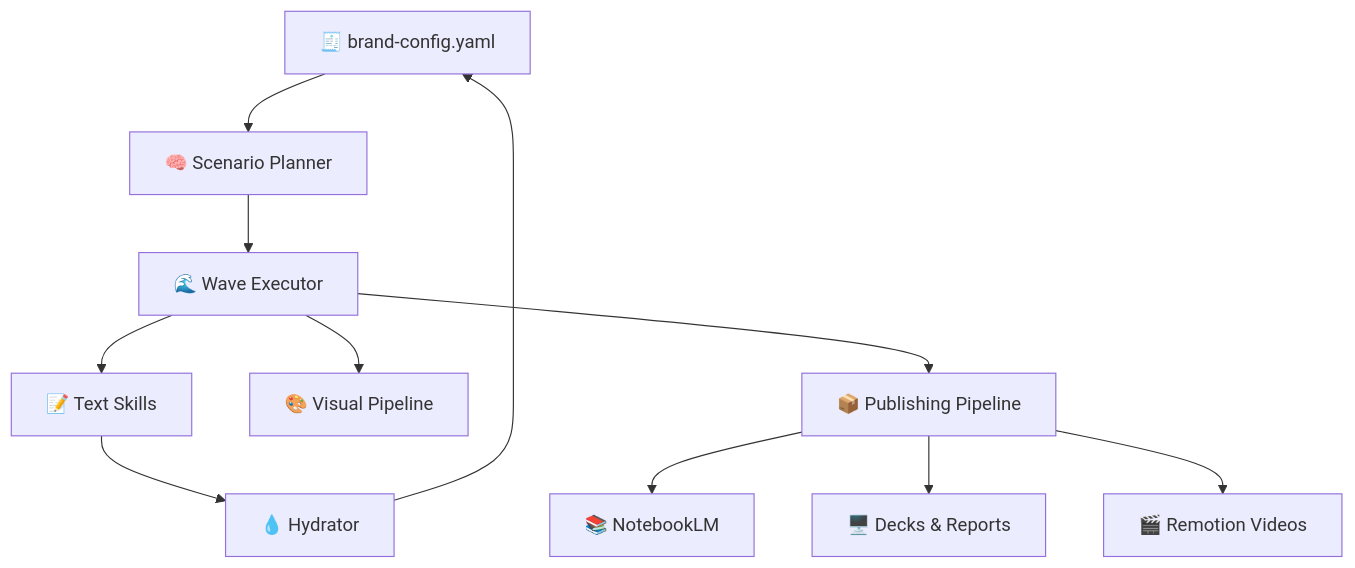
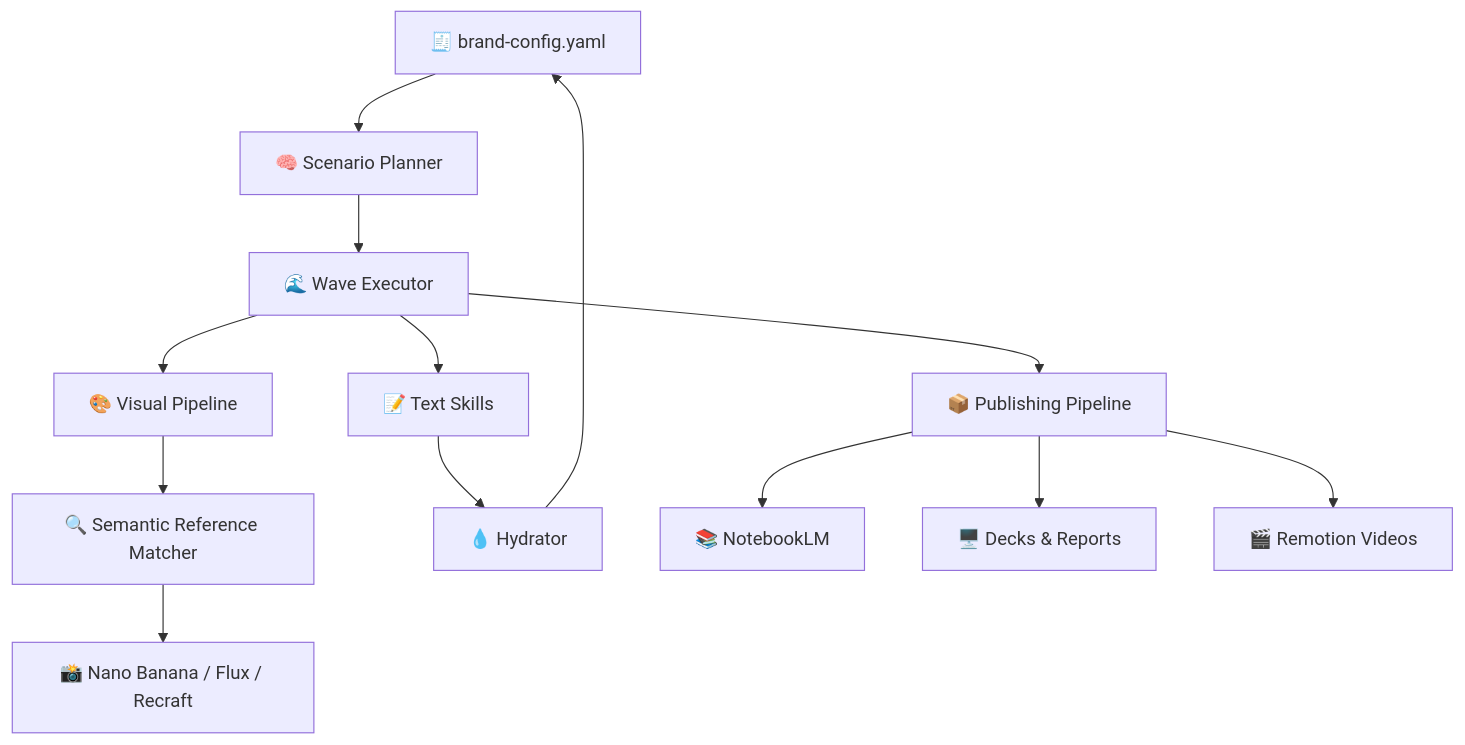
Before and after one commit to Sheshiyer/brandmint-oracle-aleph: the diagram in README.md, drawn with Mermaid. The commit also changed other lines of this file and 9 other files, not shown here.

First line of the commit message:
feat(visual): semantic reference matching, 5D removal, NB migration, vision scaffold

````diff
--- a/README.md
+++ b/README.md
@@ -121,13 +141,15 @@
 ```mermaid
 graph TD
     A[🧾 brand-config.yaml] --> B[🧠 Scenario Planner]
     B --> C[🌊 Wave Executor]
     C --> D[📝 Text Skills]
     C --> E[🎨 Visual Pipeline]
+    E --> K[🔍 Semantic Reference Matcher]
+    K --> L[📸 Nano Banana / Flux / Recraft]
     D --> F[💧 Hydrator]
     F --> A
     C --> G[📦 Publishing Pipeline]
     G --> H[📚 NotebookLM]
     G --> I[🖥️ Decks & Reports]
     G --> J[🎬 Remotion Videos]
 ```
````
